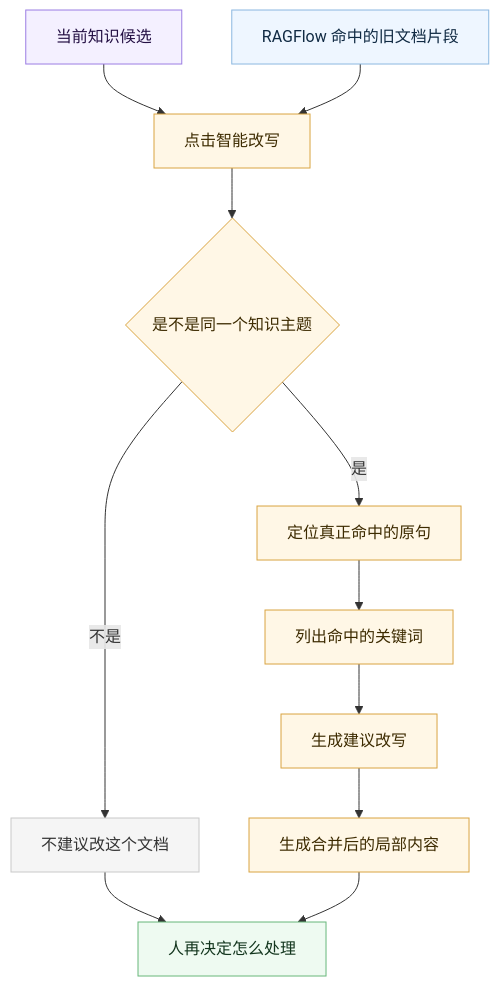
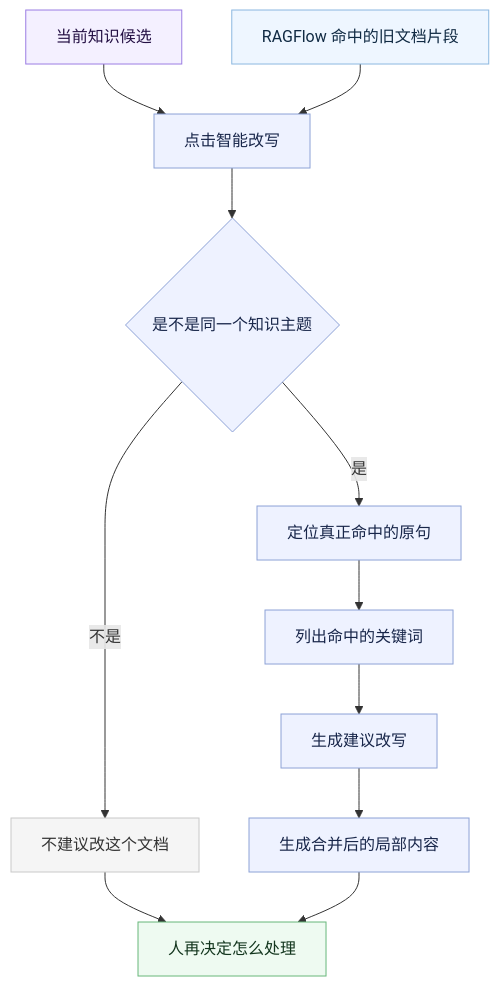
The fourth of 4 diagrams in flowbot-knowledge-data-flow.md (EthanScriptOn/ai_platform), drawn with Mermaid before and after one commit. The commit also changed other lines of this file, not shown here.

Commit message:
去掉流程图黄色背景

````diff
--- a/flowbot-knowledge-data-flow.md
+++ b/flowbot-knowledge-data-flow.md
@@ -256,31 +256,31 @@
 ```mermaid
 flowchart TD
   candidate[当前知识候选]
   ragHit[RAGFlow 命中的旧文档片段]
   rewriteBtn[点击智能改写]
   topicJudge{是不是同一个知识主题}
   noRewrite[不建议改这个文档]
   matchSentence[定位真正命中的原句]
   keywords[列出命中的关键词]
   rewriteText[生成建议改写]
   mergedText[生成合并后的局部内容]
   human[人再决定怎么处理]
 
   candidate --> rewriteBtn
   ragHit --> rewriteBtn
   rewriteBtn --> topicJudge
   topicJudge -->|不是| noRewrite --> human
   topicJudge -->|是| matchSentence --> keywords --> rewriteText --> mergedText --> human
 
   classDef candidateLine fill:#f4f0ff,stroke:#9b7de3,color:#241044;
   classDef ragLine fill:#eef6ff,stroke:#8bb7e0,color:#102a43;
-  classDef aiLine fill:#fff7e6,stroke:#d9a441,color:#3d2b00;
+  classDef aiLine fill:#eef2ff,stroke:#8da2d6,color:#18264a;
   classDef resultLine fill:#eefaf1,stroke:#67b77a,color:#12351d;
   classDef muted fill:#f5f5f5,stroke:#c9c9c9,color:#333;
 
   class candidate candidateLine;
   class ragHit ragLine;
   class rewriteBtn,topicJudge,matchSentence,keywords,rewriteText,mergedText aiLine;
   class human resultLine;
   class noRewrite muted;
 ```
````
